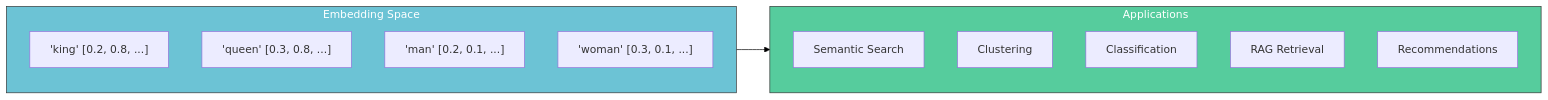
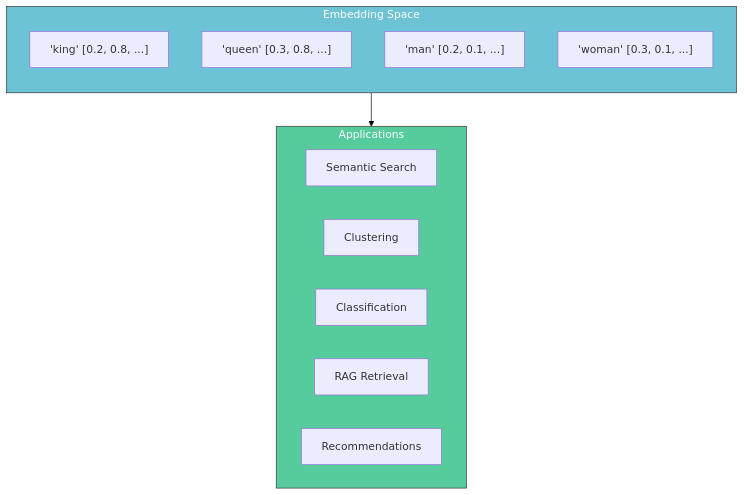
Before and after one commit to tanquangduong/tanquangduong.github.io: the sixth of 10 diagrams in posts/llm-interview/LLM-Interview-QA-2.qmd, drawn with Mermaid. The commit also changed 10 other files, not shown here.

````diff
--- a/posts/llm-interview/LLM-Interview-QA-2.qmd
+++ b/posts/llm-interview/LLM-Interview-QA-2.qmd
@@ -367,24 +367,24 @@
 ```{mermaid}
-graph LR
+graph TD
     linkStyle default stroke:#000,color:#000
     subgraph Embedding_Space["Embedding Space"]
         direction TB
         K["'king' [0.2, 0.8, ...]"]
         Q["'queen' [0.3, 0.8, ...]"]
         M["'man' [0.2, 0.1, ...]"]
         W["'woman' [0.3, 0.1, ...]"]
     end
 
     subgraph Applications["Applications"]
         SEM["Semantic Search"]
         CLUST["Clustering"]
         CLASS["Classification"]
         RAG_APP["RAG Retrieval"]
         REC["Recommendations"]
     end
 
     Embedding_Space --> Applications
 
     style Embedding_Space fill:#6cc3d5,stroke:#333,color:#fff
     style Applications fill:#56cc9d,stroke:#333,color:#fff
 ```
````
